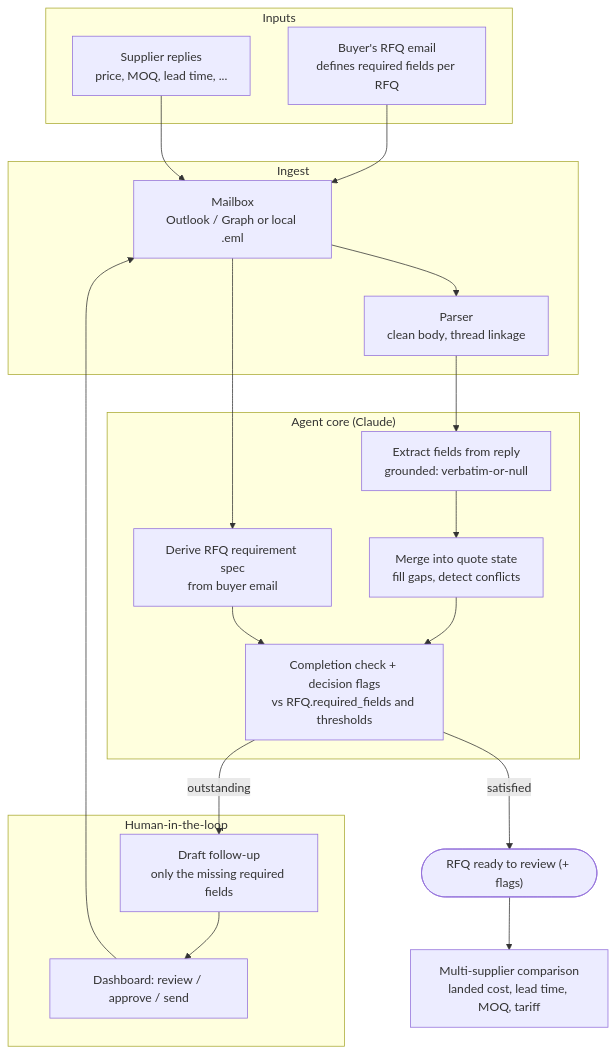
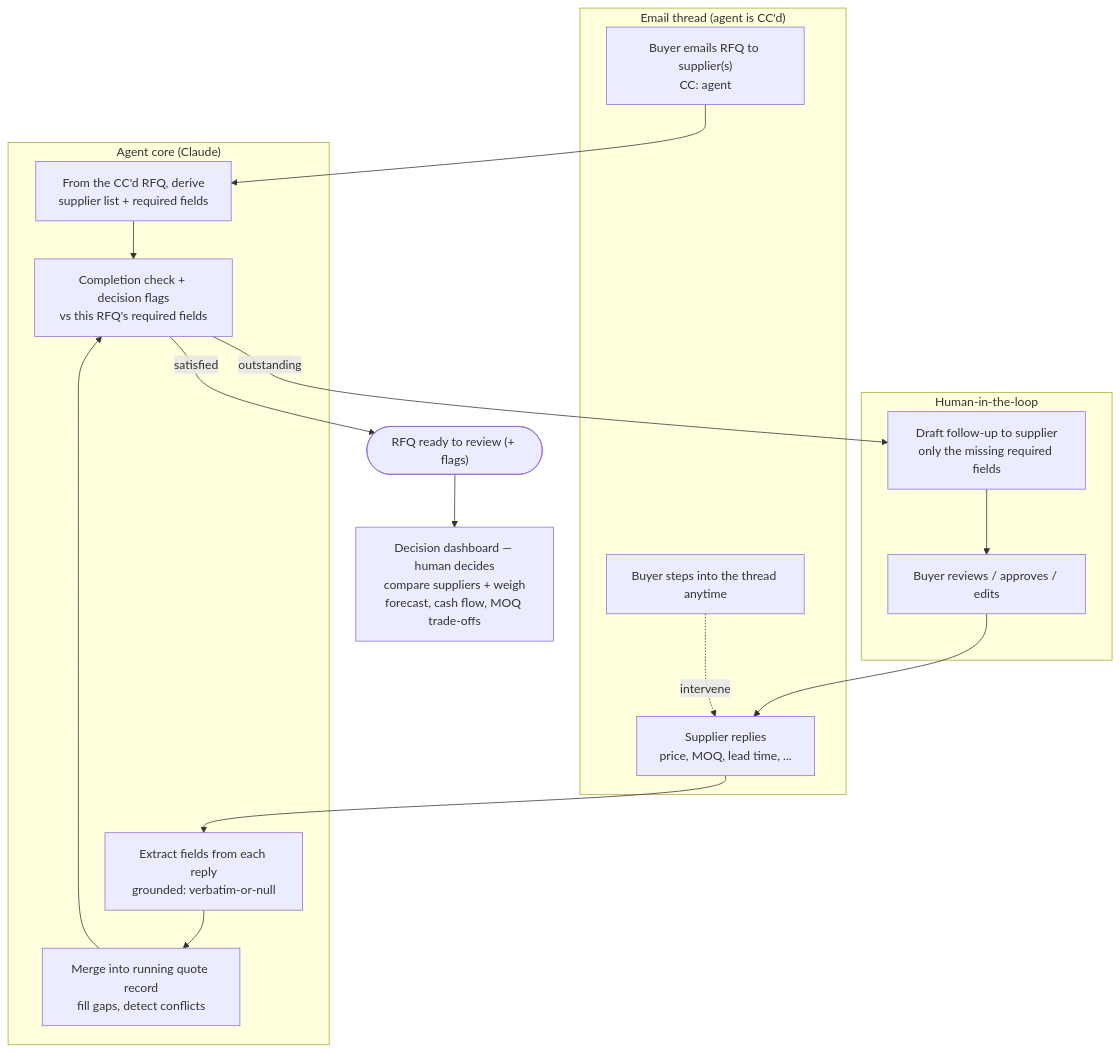
One commit to JayleeBot/ForgeFlow changed the first of 2 diagrams in README.md. Above: the diagram before and after it, drawn with Mermaid. The commit also changed other lines of this file, not shown here.

Commit message:
Update workflow: CC-triggered agent + human-owned decision dashboard
- CC trigger: buyer emails the RFQ to suppliers and CCs the agent; that one
  email gives the agent the supplier list and the RFQ's required fields (no
  inbox-guessing), and keeps the buyer in the thread to intervene anytime
- Decision dashboard: agent compares suppliers and surfaces trade-offs, but
  the human makes the final call, weighing forecast / cash flow / sales input
  the agent can't see (e.g. accepting MOQ 1500 for a 1000-unit need)

````diff
--- a/README.md
+++ b/README.md
@@ -13,29 +13,26 @@
 ```mermaid
 flowchart TB
-    subgraph IN["Inputs"]
-        BUYER["Buyer's RFQ email<br/>defines required fields per RFQ"]
+    subgraph THREAD["Email thread (agent is CC'd)"]
+        RFQOUT["Buyer emails RFQ to supplier(s)<br/>CC: agent"]
         SUP["Supplier replies<br/>price, MOQ, lead time, ..."]
-    end
-    subgraph ING["Ingest"]
-        MBX["Mailbox<br/>Outlook / Graph or local .eml"]
-        PARSE["Parser<br/>clean body, thread linkage"]
+        STEPIN["Buyer steps into the thread anytime"]
     end
     subgraph AGENT["Agent core (Claude)"]
-        REQ["Derive RFQ requirement spec<br/>from buyer email"]
-        EX["Extract fields from reply<br/>grounded: verbatim-or-null"]
-        MERGE["Merge into quote state<br/>fill gaps, detect conflicts"]
-        CHK["Completion check + decision flags<br/>vs RFQ.required_fields and thresholds"]
+        REQ["From the CC'd RFQ, derive<br/>supplier list + required fields"]
+        EX["Extract fields from each reply<br/>grounded: verbatim-or-null"]
+        MERGE["Merge into running quote record<br/>fill gaps, detect conflicts"]
+        CHK["Completion check + decision flags<br/>vs this RFQ's required fields"]
     end
     subgraph HITL["Human-in-the-loop"]
-        DRAFT["Draft follow-up<br/>only the missing required fields"]
-        DASH["Dashboard: review / approve / send"]
+        DRAFT["Draft follow-up to supplier<br/>only the missing required fields"]
+        DASH["Buyer reviews / approves / edits"]
     end
     NOTIFY(["RFQ ready to review (+ flags)"])
-    COMPARE["Multi-supplier comparison<br/>landed cost, lead time, MOQ, tariff"]
+    DECIDE["Decision dashboard — human decides<br/>compare suppliers + weigh<br/>forecast, cash flow, MOQ trade-offs"]
 
-    BUYER --> MBX
-    SUP --> MBX --> PARSE --> EX --> MERGE --> CHK
-    MBX --> REQ --> CHK
-    CHK -->|outstanding| DRAFT --> DASH --> MBX
-    CHK -->|satisfied| NOTIFY --> COMPARE
+    RFQOUT --> REQ --> CHK
+    SUP --> EX --> MERGE --> CHK
+    CHK -->|outstanding| DRAFT --> DASH --> SUP
+    CHK -->|satisfied| NOTIFY --> DECIDE
+    STEPIN -. intervene .-> SUP
 ```
````
